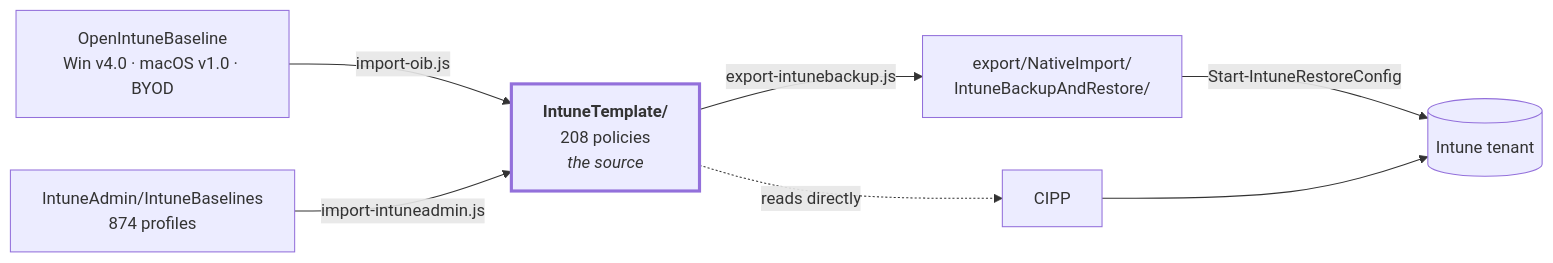
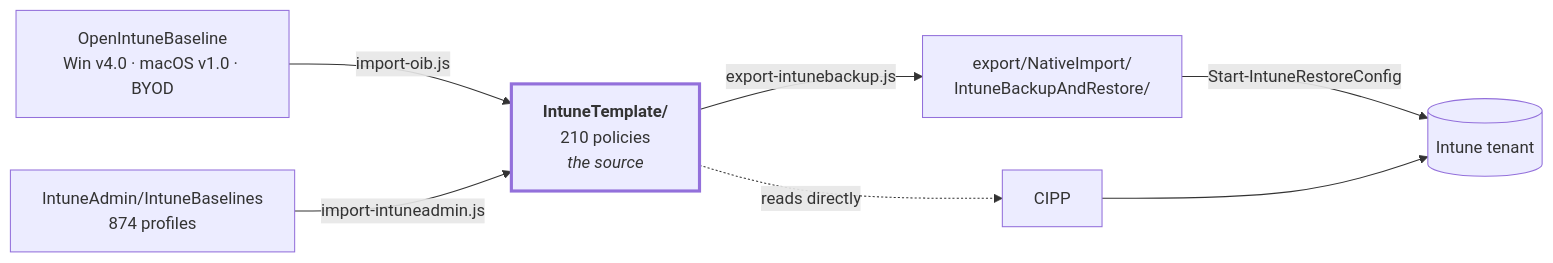
The diagram in README.en.md (sjkanon/IntuneBackup), drawn with Mermaid before and after one commit. The commit also changed other lines of this file and 47 other files, not shown here.

````diff
--- a/README.en.md
+++ b/README.en.md
@@ -20,17 +20,17 @@
 ```mermaid
 flowchart LR
   OIB["OpenIntuneBaseline<br/>Win v4.0 · macOS v1.0 · BYOD"]
-  T["<b>IntuneTemplate/</b><br/>208 policies<br/><i>the source</i>"]
+  T["<b>IntuneTemplate/</b><br/>210 policies<br/><i>the source</i>"]
   EX["export/NativeImport/<br/>IntuneBackupAndRestore/"]
   TENANT[("Intune tenant")]
 
   OIB -->|import-oib.js| T
   T -->|export-intunebackup.js| EX
   T -.->|reads directly| CIPP[CIPP]
   EX -->|Start-IntuneRestoreConfig| TENANT
   CIPP --> TENANT
 
   IA["IntuneAdmin/IntuneBaselines<br/>874 profiles"] -->|import-intuneadmin.js| T
 
   style T stroke-width:3px
 ```
````
